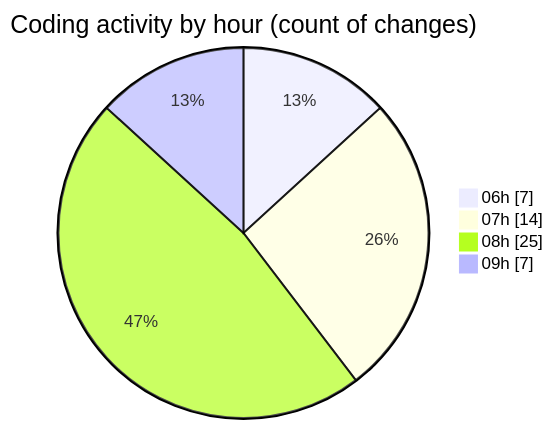
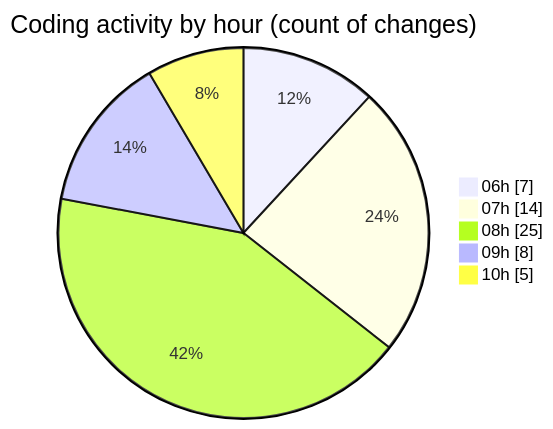
Before and after one commit to vahidmafi/code-tracking: the second of 2 diagrams in 2025-04-18/zeytoon/README.md, drawn with Mermaid. The commit also changed other lines of this file and 1 other file, not shown here.

````diff
--- a/2025-04-18/zeytoon/README.md
+++ b/2025-04-18/zeytoon/README.md
@@ -38,8 +39,9 @@
 ```mermaid
 pie showData
 title Coding activity by hour (count of changes)
 "06h" : 7
 "07h" : 14
 "08h" : 25
-"09h" : 7
+"09h" : 8
+"10h" : 5
 ```
````
